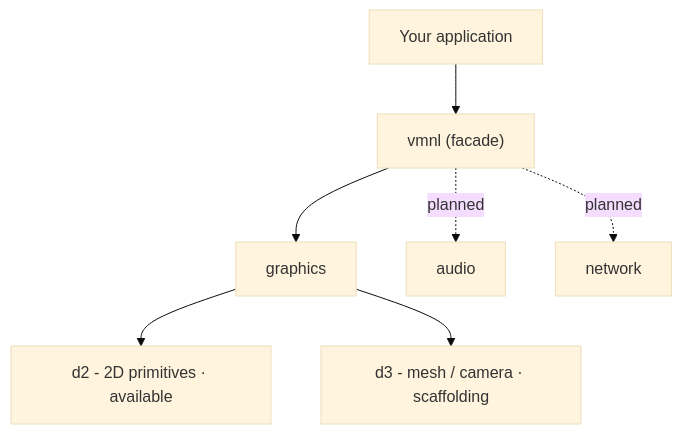
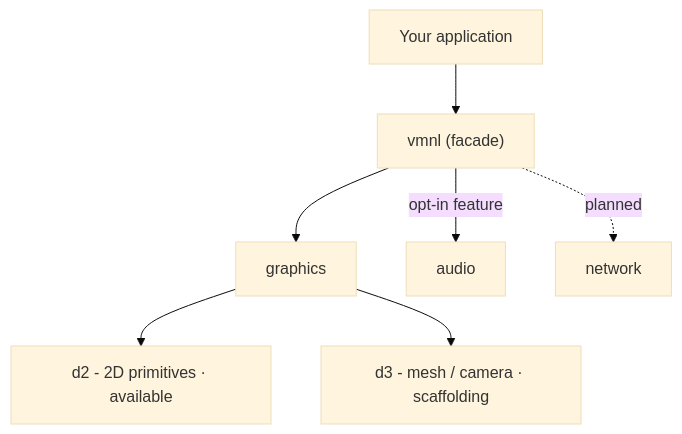
The diagram in README.md (VMNL/vmnl), drawn with Mermaid (base theme) before and after one commit. The commit also changed other lines of this file and 35 other files, not shown here.

````diff
--- a/README.md
+++ b/README.md
@@ -88,9 +87,9 @@
 ```mermaid
 flowchart TD
     APP["Your application"] --> VMNL["vmnl (facade)"]
     VMNL --> G["graphics"]
-    VMNL -. planned .-> A["audio"]
+    VMNL -->|"opt-in feature"| A["audio"]
     VMNL -. planned .-> N["network"]
     G --> D2["d2 - 2D primitives · available"]
     G --> D3["d3 - mesh / camera · scaffolding"]
 ```
````
